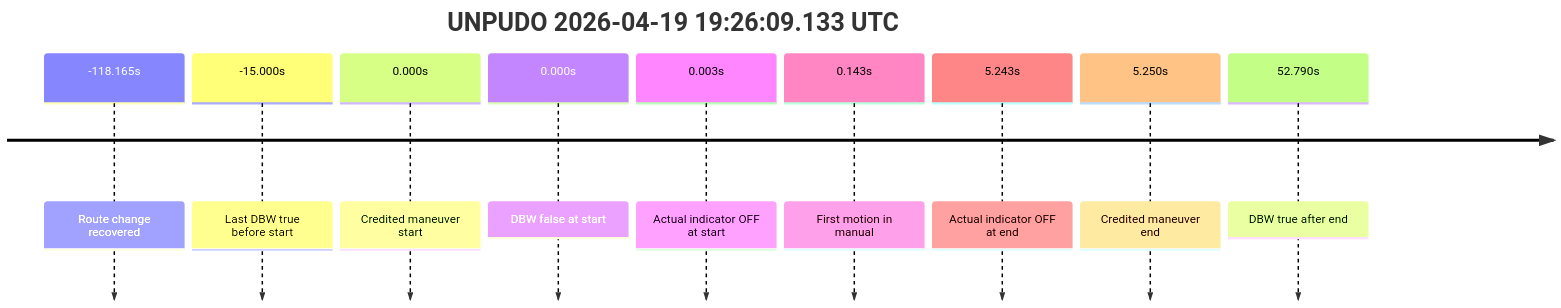
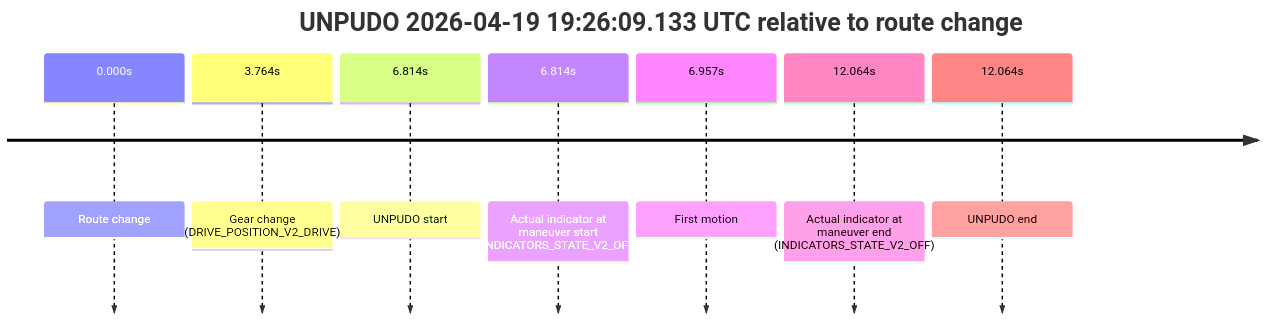
The second of 5 diagrams in model_analysis/report_cards/2026/04/Week-3/fme10011--2026-04-19--19-12-09--gen2-av-a2ff7adf-b899-4426-b9cb-3bdff0ea9636.md (yoelshapiro/vault), drawn with Mermaid before and after one commit. The commit also changed other lines of this file and 42 other files, not shown here.

````diff
--- a/model_analysis/report_cards/2026/04/Week-3/fme10011--2026-04-19--19-12-09--gen2-av-a2ff7adf-b899-4426-b9cb-3bdff0ea9636.md
+++ b/model_analysis/report_cards/2026/04/Week-3/fme10011--2026-04-19--19-12-09--gen2-av-a2ff7adf-b899-4426-b9cb-3bdff0ea9636.md
@@ -110,13 +120,11 @@
 ```mermaid
 timeline
-    title UNPUDO 2026-04-19 19:26:09.133 UTC
-    -118.165s : Route change recovered
-    -15.000s : Last DBW true before start
-    0.000s : Credited maneuver start
-    0.000s : DBW false at start
-    0.003s : Actual indicator OFF at start
-    0.143s : First motion in manual
-    5.243s : Actual indicator OFF at end
-    5.250s : Credited maneuver end
-    52.790s : DBW true after end
+    title UNPUDO 2026-04-19 19:26:09.133 UTC relative to route change
+    0.000s : Route change
+    3.764s : Gear change (DRIVE_POSITION_V2_DRIVE)
+    6.814s : UNPUDO start
+    6.814s : Actual indicator at maneuver start (INDICATORS_STATE_V2_OFF)
+    6.957s : First motion
+    12.064s : Actual indicator at maneuver end (INDICATORS_STATE_V2_OFF)
+    12.064s : UNPUDO end
 ```
````
